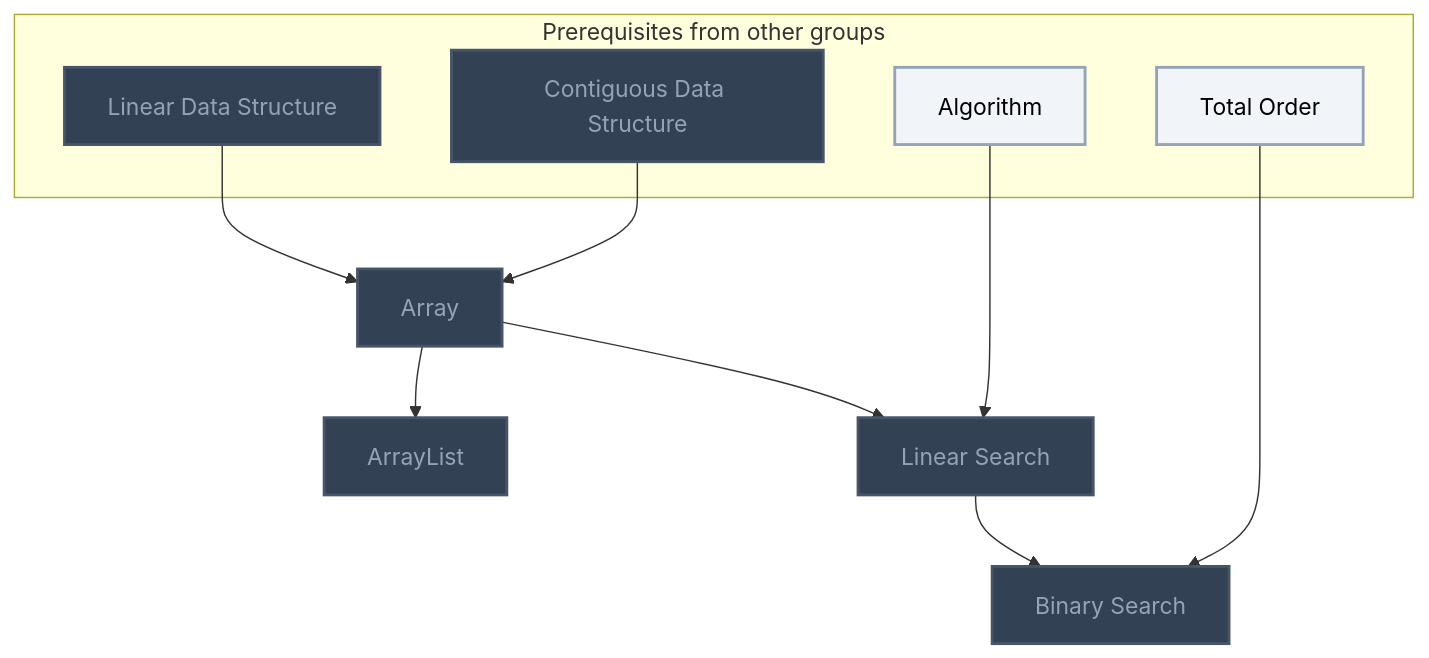
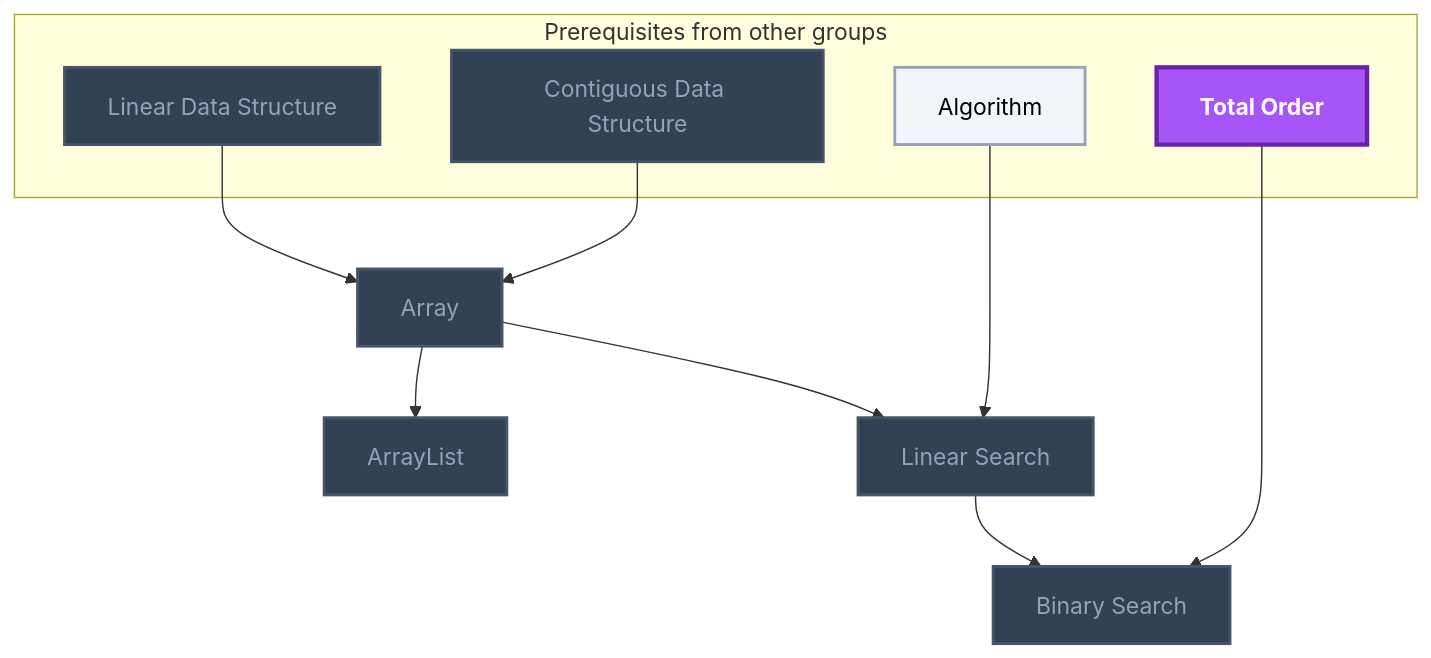
The second of 17 diagrams in Gamification/Skill Trees/Data Structures and Algorithms.md (MRauf1/My-Notes), drawn with Mermaid before and after one commit. The commit also changed other lines of this file and 145 other files, not shown here.

````diff
--- a/Gamification/Skill Trees/Data Structures and Algorithms.md
+++ b/Gamification/Skill Trees/Data Structures and Algorithms.md
@@ -52,32 +53,33 @@
 ```mermaid
 flowchart TD
     classDef planned fill:#1E293B,stroke:#64748B,stroke-width:2px,stroke-dasharray:5 5,color:#94A3B8;
     classDef locked fill:#334155,stroke:#475569,stroke-width:2px,color:#94A3B8;
     classDef L0 fill:#F1F5F9,stroke:#94A3B8,stroke-width:2px,color:#000000;
     classDef L1 fill:#22C55E,stroke:#15803D,stroke-width:2px,color:#000000;
     classDef L2 fill:#3B82F6,stroke:#1D4ED8,stroke-width:3px,color:#FFFFFF;
     classDef L3 fill:#A855F7,stroke:#6B21A8,stroke-width:3px,color:#FFFFFF,font-weight:bold;
     classDef L4 fill:#F97316,stroke:#C2410C,stroke-width:4px,color:#000000,font-weight:bold;
     classDef L5 fill:#FFD700,stroke:#FF8C00,stroke-width:5px,color:#000000,font-weight:bold;
     classDef rusty stroke:#8B4513,stroke-width:4px,stroke-dasharray:3 3;
     subgraph sg_prereqs["Prerequisites from other groups"]
         n_linear_data_structure["Linear Data Structure"]
         n_contiguous_data_structure["Contiguous Data Structure"]
         n_algorithm["Algorithm"]
         n_total_order["Total Order"]
     end
     n_array["Array"]
     n_arraylist["ArrayList"]
     n_linear_search["Linear Search"]
     n_binary_search["Binary Search"]
     n_linear_data_structure --> n_array
     n_contiguous_data_structure --> n_array
     n_array --> n_arraylist
     n_array --> n_linear_search
     n_algorithm --> n_linear_search
     n_linear_search --> n_binary_search
     n_total_order --> n_binary_search
     class n_linear_data_structure,n_contiguous_data_structure,n_array,n_arraylist,n_linear_search,n_binary_search locked;
-    class n_algorithm,n_total_order L0;
+    class n_algorithm L0;
+    class n_total_order L3;
     class n_linear_data_structure,n_contiguous_data_structure,n_algorithm,n_total_order,n_array,n_arraylist,n_linear_search,n_binary_search internal-link;
 ```
````
